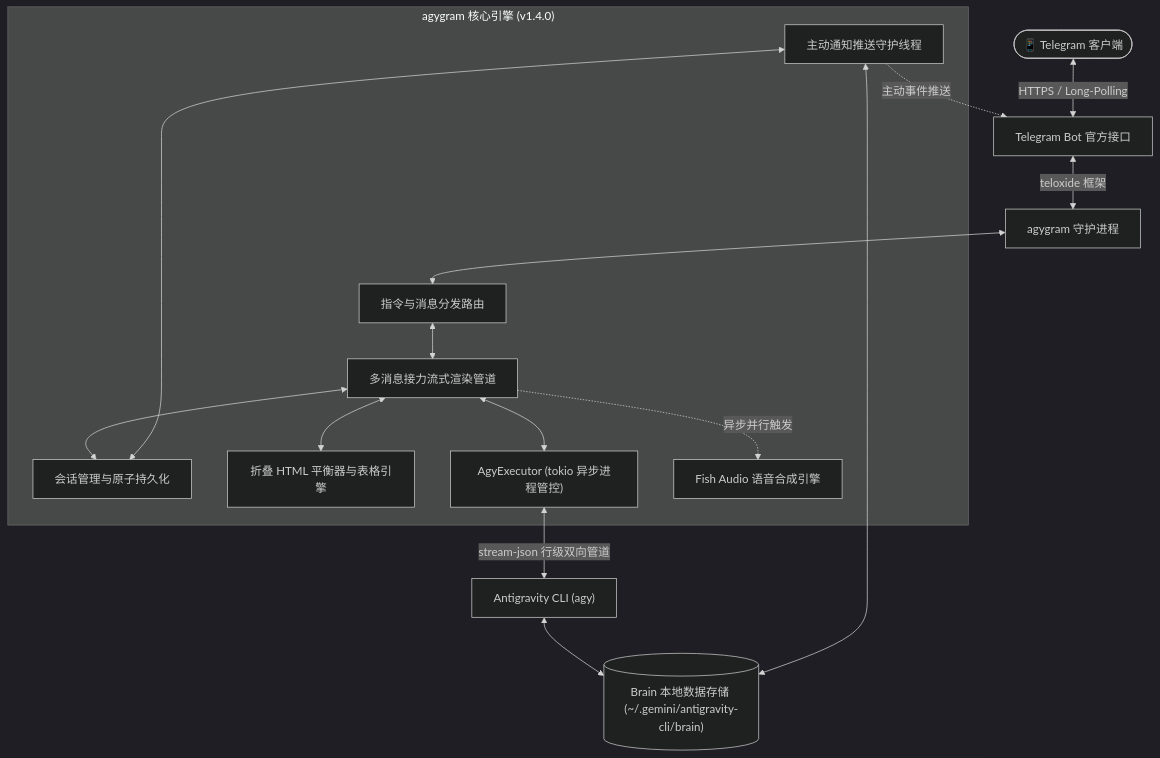
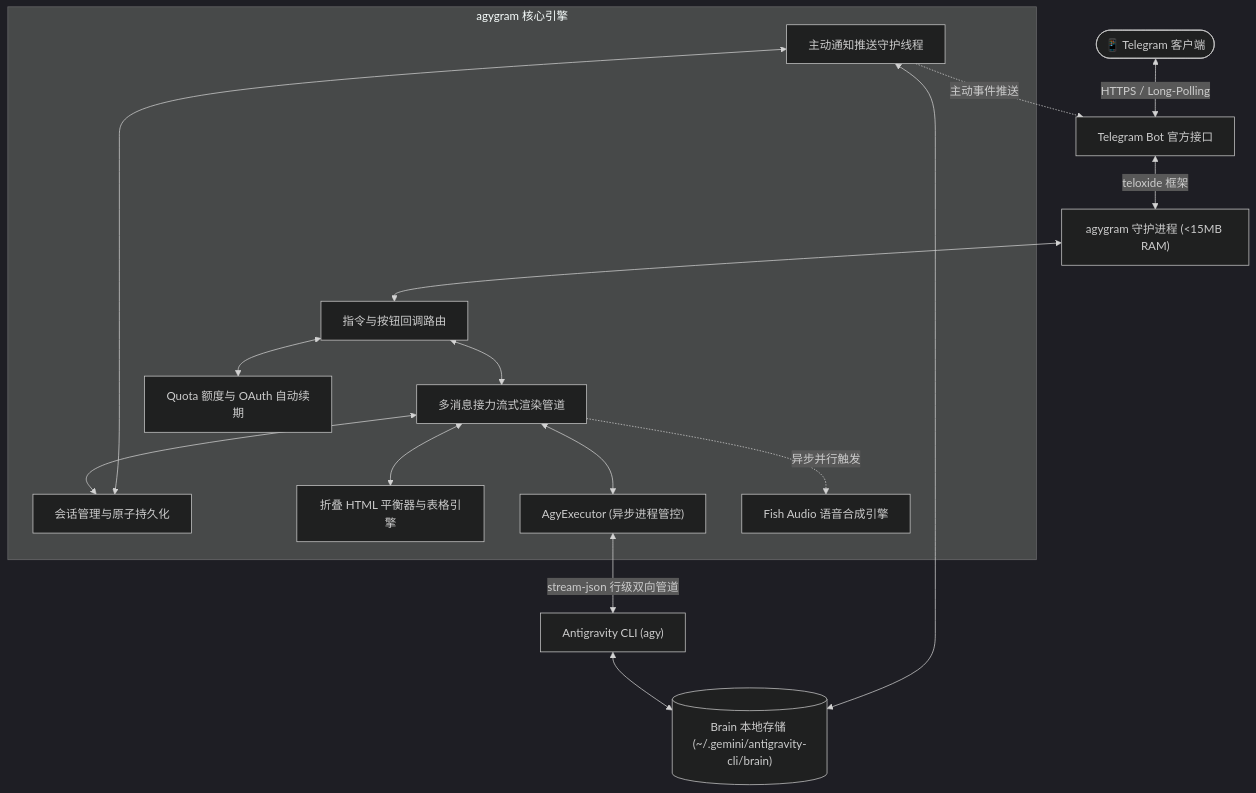
Before and after one commit to d3intran/agygram: the diagram in README_ZH.md, drawn with Mermaid (dark theme). The commit also changed other lines of this file and 10 other files, not shown here.

````diff
--- a/README_ZH.md
+++ b/README_ZH.md
@@ -75,28 +131,30 @@
 ```mermaid
 flowchart TD
     User(["📱 Telegram 客户端"]) <-->|HTTPS / Long-Polling| BotAPI["Telegram Bot 官方接口"]
-    BotAPI <-->|teloxide 框架| Daemon["agygram 守护进程"]
+    BotAPI <-->|teloxide 框架| Daemon["agygram 守护进程 (<15MB RAM)"]
 
-    subgraph agygram_Core ["agygram 核心引擎 (v1.4.0)"]
-        Dispatcher["指令与消息分发路由"]
+    subgraph agygram_Core ["agygram 核心引擎"]
+        Dispatcher["指令与按钮回调路由"]
         Pipeline["多消息接力流式渲染管道"]
         SessionMgr["会话管理与原子持久化"]
         Formatter["折叠 HTML 平衡器与表格引擎"]
-        Executor["AgyExecutor (tokio 异步进程管控)"]
+        Executor["AgyExecutor (异步进程管控)"]
         Notifier["主动通知推送守护线程"]
+        Quota["Quota 额度与 OAuth 自动续期"]
         TTS["Fish Audio 语音合成引擎"]
     end
 
     Daemon <--> Dispatcher
     Dispatcher <--> Pipeline
+    Dispatcher <--> Quota
     Pipeline <--> SessionMgr
     Pipeline <--> Formatter
     Pipeline <--> Executor
     Pipeline -.->|异步并行触发| TTS
     Notifier <--> SessionMgr
     Notifier -.->|主动事件推送| BotAPI
 
     Executor <-->|"stream-json 行级双向管道"| AgyCLI["Antigravity CLI (agy)"]
-    AgyCLI <--> BrainStore[("Brain 本地数据存储 (~/.gemini/antigravity-cli/brain)")]
+    AgyCLI <--> BrainStore[("Brain 本地存储 (~/.gemini/antigravity-cli/brain)")]
     Notifier <--> BrainStore
 ```
````
